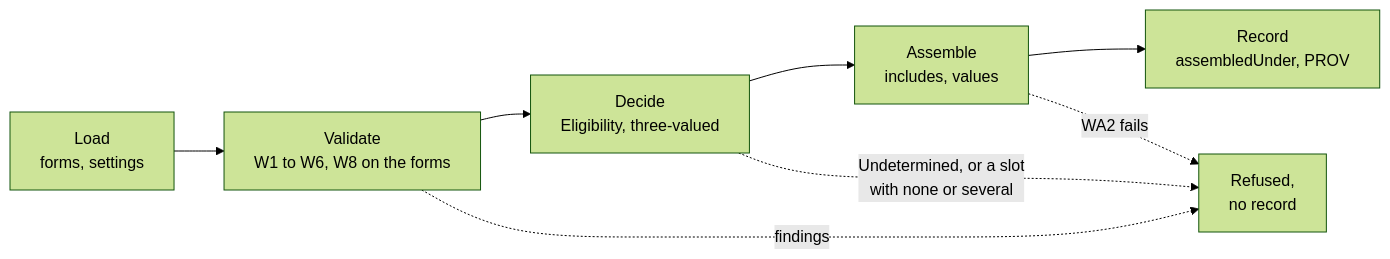
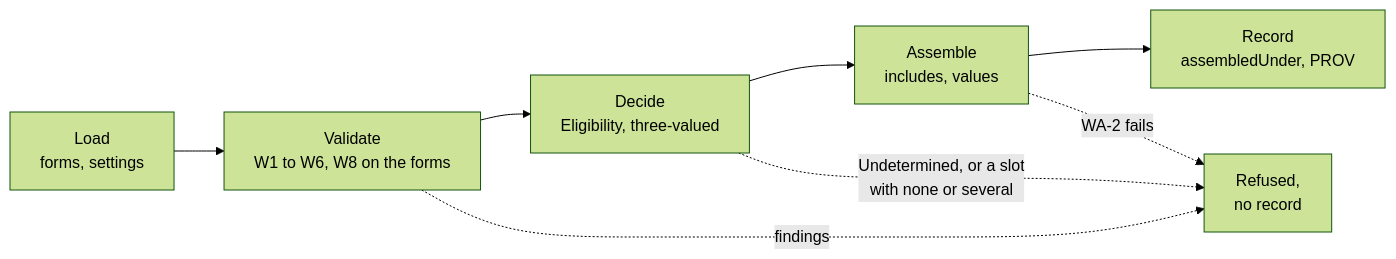
One commit to nebularis/lattice changed the diagram in docs/architecture/decisions/ADR-A139-wording-baseline-assembly-model.md. Above: the diagram before and after it, drawn with Mermaid (forest theme). The commit also changed other lines of this file and 422 other files, not shown here.

````diff
--- a/docs/architecture/decisions/ADR-A139-wording-baseline-assembly-model.md
+++ b/docs/architecture/decisions/ADR-A139-wording-baseline-assembly-model.md
@@ -37,8 +37,8 @@
 ```mermaid
 flowchart LR
     L["Load<br/>forms, settings"] --> V["Validate<br/>W1 to W6, W8 on the forms"] --> D["Decide<br/>Eligibility, three-valued"]
     D --> A["Assemble<br/>includes, values"] --> R["Record<br/>assembledUnder, PROV"]
     V -. "findings" .-> X["Refused,<br/>no record"]
     D -. "Undetermined, or a slot<br/>with none or several" .-> X
-    A -. "WA2 fails" .-> X
+    A -. "WA-2 fails" .-> X
 ```
````
